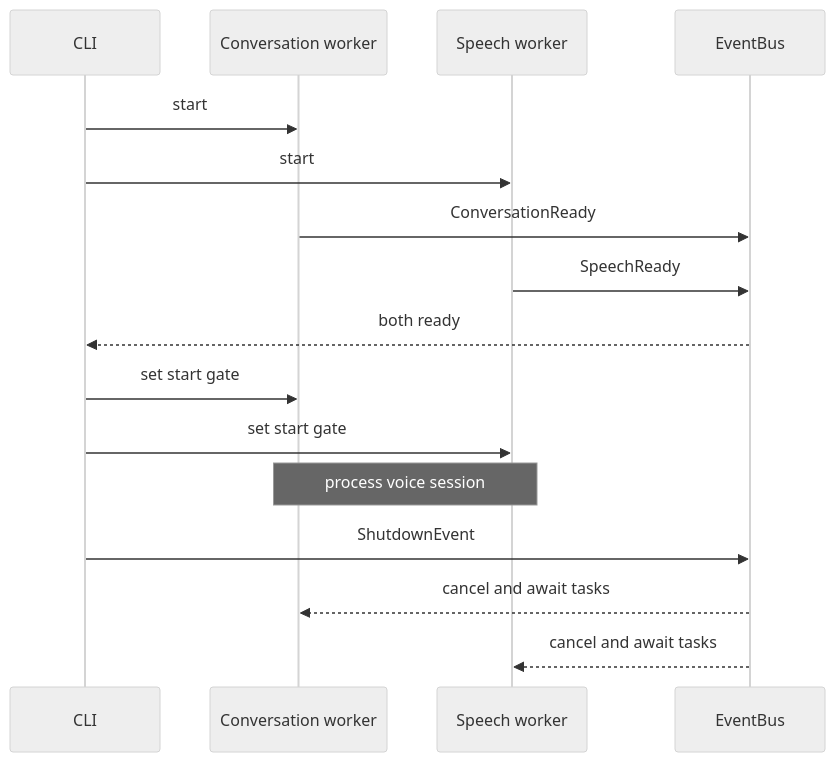
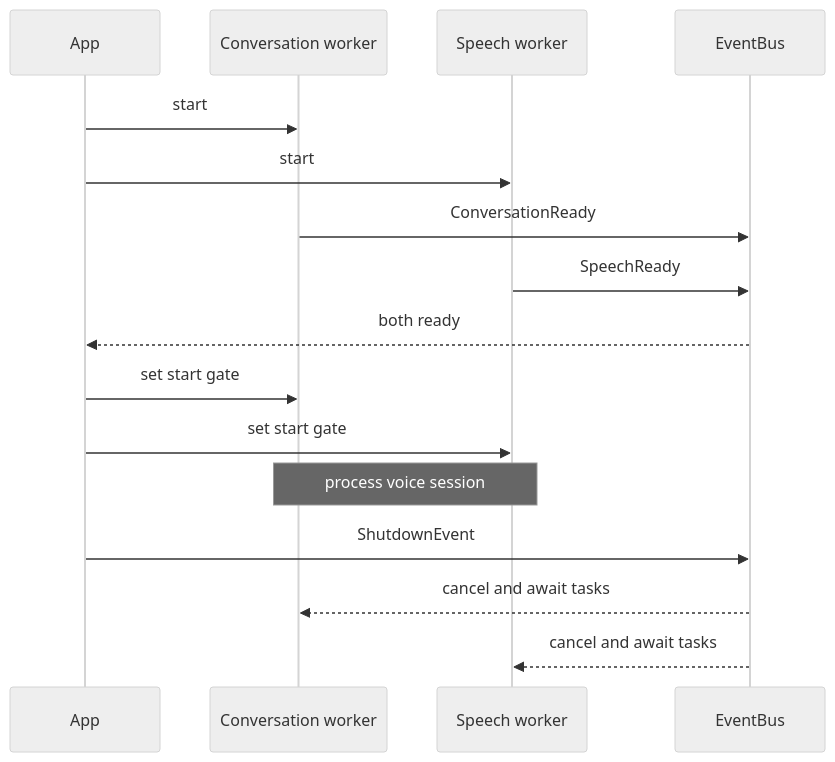
The first of 2 diagrams in docs/architecture/lifecycle-and-concurrency.md (stanislaw-glogowski/helomi-app), drawn with Mermaid (neutral theme) before and after one commit. The commit also changed other lines of this file and 32 other files, not shown here.

````diff
--- a/docs/architecture/lifecycle-and-concurrency.md
+++ b/docs/architecture/lifecycle-and-concurrency.md
@@ -7,18 +7,18 @@
 ```mermaid
 sequenceDiagram
-  participant CLI
+  participant App
   participant CW as Conversation worker
   participant SW as Speech worker
   participant Bus as EventBus
-  CLI->>CW: start
-  CLI->>SW: start
+  App->>CW: start
+  App->>SW: start
   CW->>Bus: ConversationReady
   SW->>Bus: SpeechReady
-  Bus-->>CLI: both ready
-  CLI->>CW: set start gate
-  CLI->>SW: set start gate
+  Bus-->>App: both ready
+  App->>CW: set start gate
+  App->>SW: set start gate
   Note over CW,SW: process voice session
-  CLI->>Bus: ShutdownEvent
+  App->>Bus: ShutdownEvent
   Bus-->>CW: cancel and await tasks
   Bus-->>SW: cancel and await tasks
 ```
````
